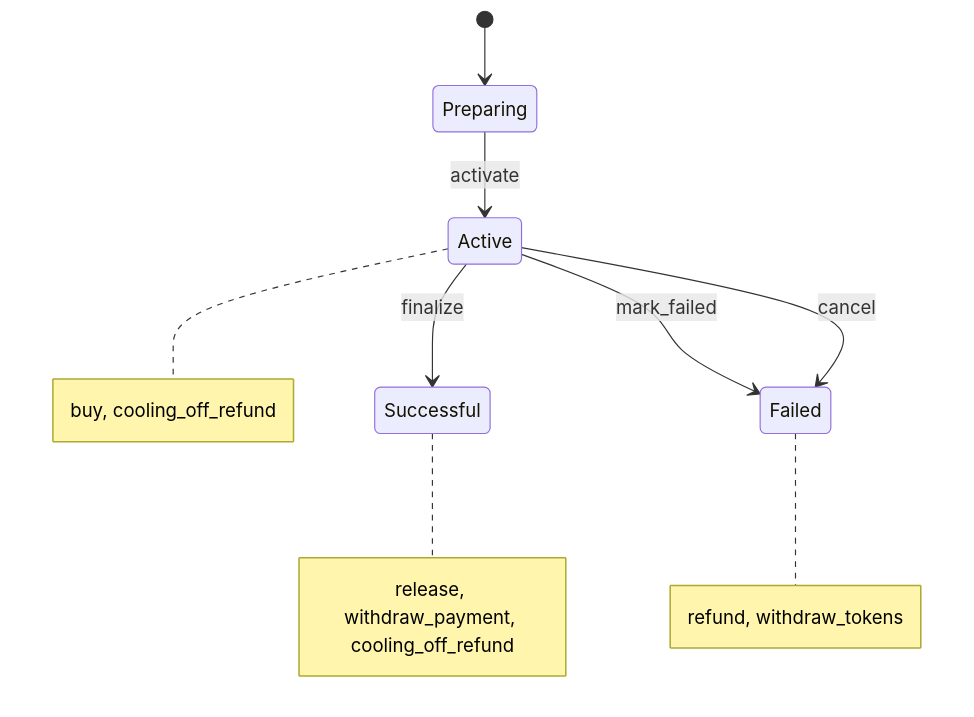
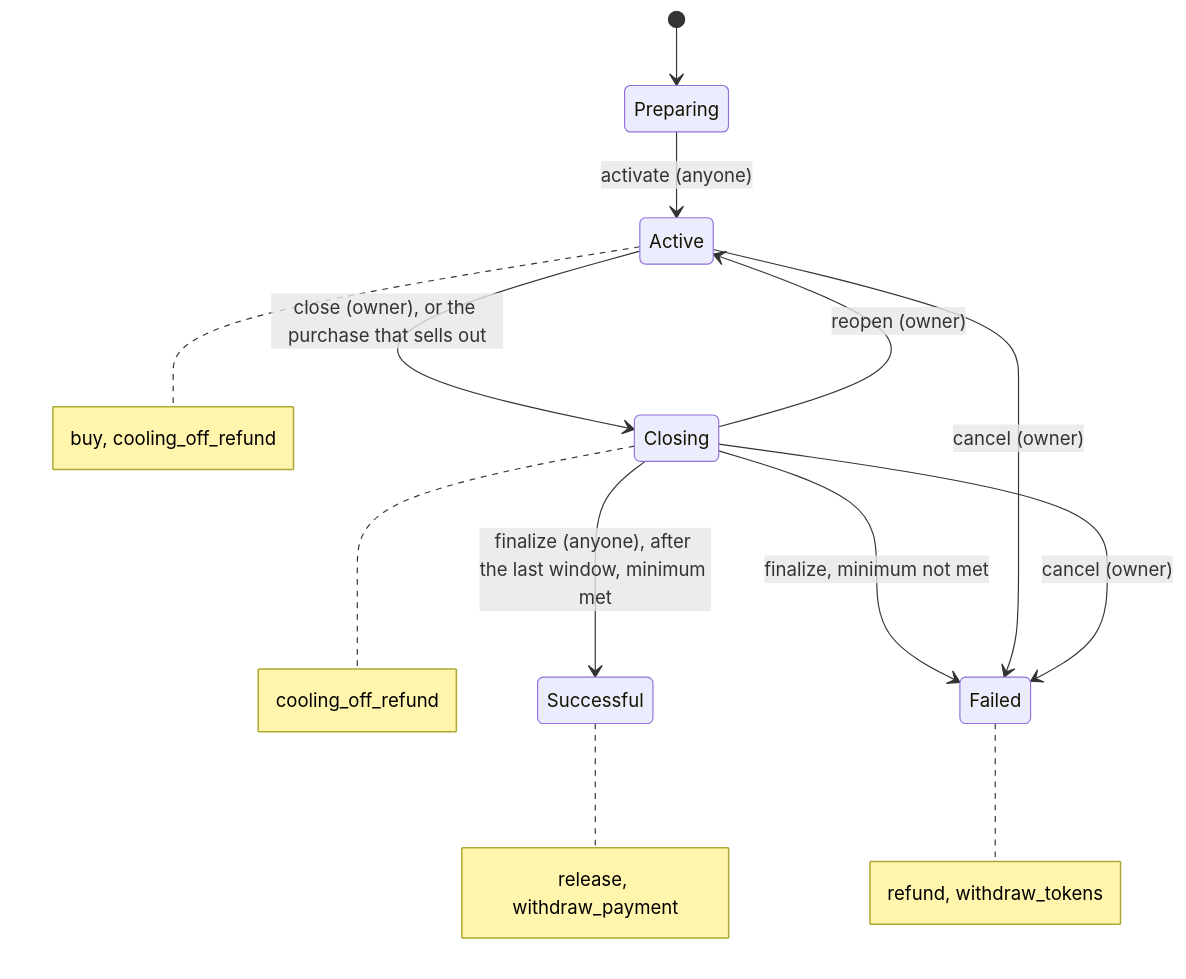
The diagram in docs/offer-sale.md (BWB-Labs/bwb-stellar), drawn with Mermaid before and after one commit. The commit also changed other lines of this file and 3 other files, not shown here.

````diff
--- a/docs/offer-sale.md
+++ b/docs/offer-sale.md
@@ -11,11 +12,15 @@
 ```mermaid
 stateDiagram-v2
   [*] --> Preparing
-  Preparing --> Active: activate
-  Active --> Successful: finalize
-  Active --> Failed: mark_failed
-  Active --> Failed: cancel
+  Preparing --> Active: activate (anyone)
+  Active --> Closing: close (owner), or the purchase that sells out
+  Closing --> Active: reopen (owner)
+  Closing --> Successful: finalize (anyone), after the last window, minimum met
+  Closing --> Failed: finalize, minimum not met
+  Active --> Failed: cancel (owner)
+  Closing --> Failed: cancel (owner)
   note right of Active : buy, cooling_off_refund
-  note right of Successful : release, withdraw_payment, cooling_off_refund
+  note right of Closing : cooling_off_refund
+  note right of Successful : release, withdraw_payment
   note right of Failed : refund, withdraw_tokens
 ```
````
